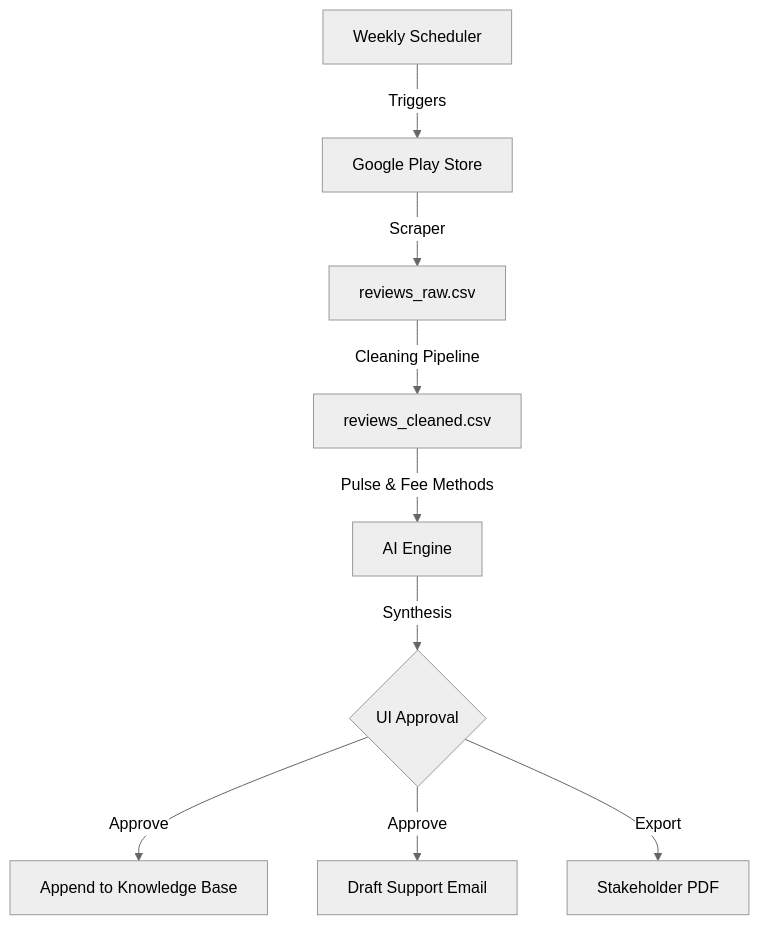
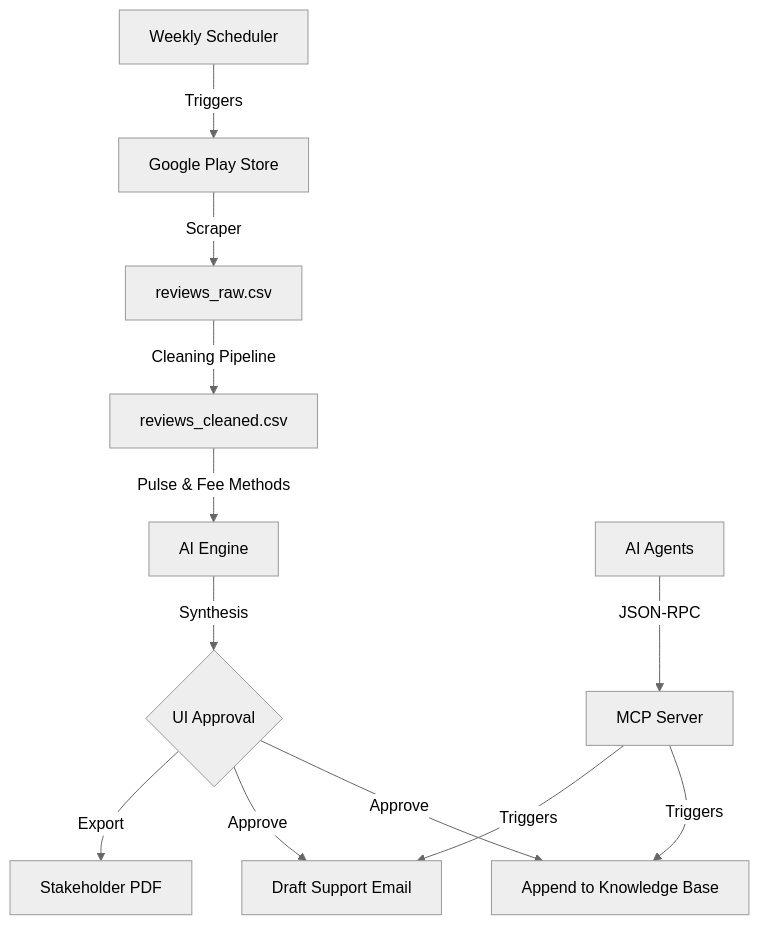
The diagram in ARCHITECTURE.md (aartipm2025-max/INDMONEY-WEEKLYREVIEW), drawn with Mermaid (neutral theme) before and after one commit. The commit also changed other lines of this file and 2 other files, not shown here.

Commit message:
feat: integrated formal MCP Server using FastMCP to expose workflow tools

````diff
--- a/ARCHITECTURE.md
+++ b/ARCHITECTURE.md
@@ -59,15 +69,19 @@
 ```mermaid
 graph TD
     A[Google Play Store] -- "Scraper" --> B[reviews_raw.csv]
     B -- "Cleaning Pipeline" --> C[reviews_cleaned.csv]
     
     C -- "Pulse & Fee Methods" --> D[AI Engine]
     
     D -- "Synthesis" --> F{UI Approval}
     
     F -- "Approve" --> G[Append to Knowledge Base]
     F -- "Approve" --> H[Draft Support Email]
     F -- "Export" --> I[Stakeholder PDF]
     
+    L[AI Agents] -- "JSON-RPC" --> M[MCP Server]
+    M -- "Triggers" --> G
+    M -- "Triggers" --> H
+    
     J[Weekly Scheduler] -- "Triggers" --> A
 ```
````
